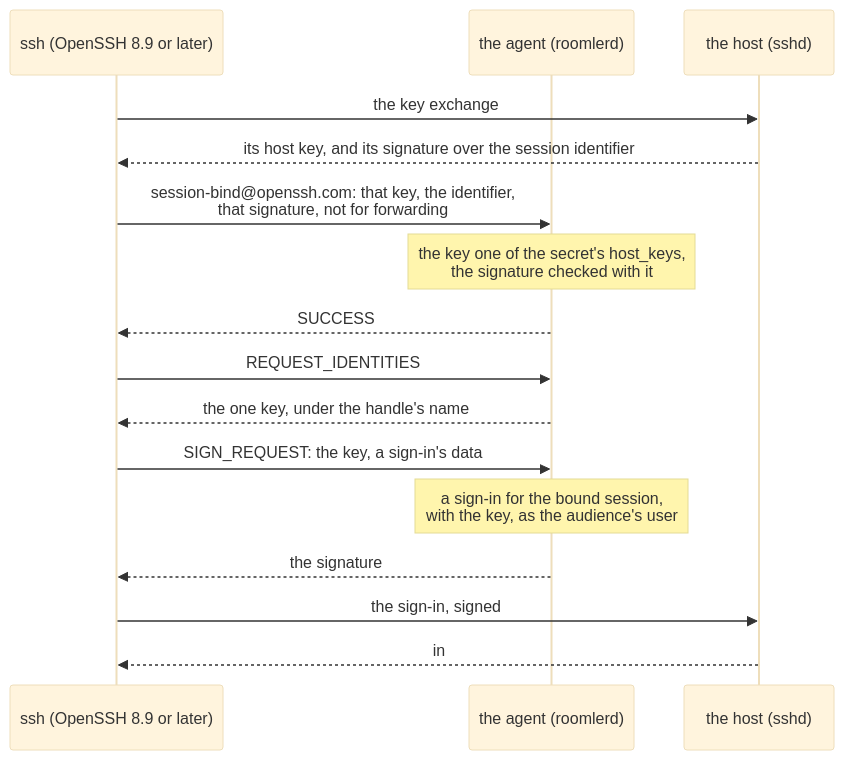
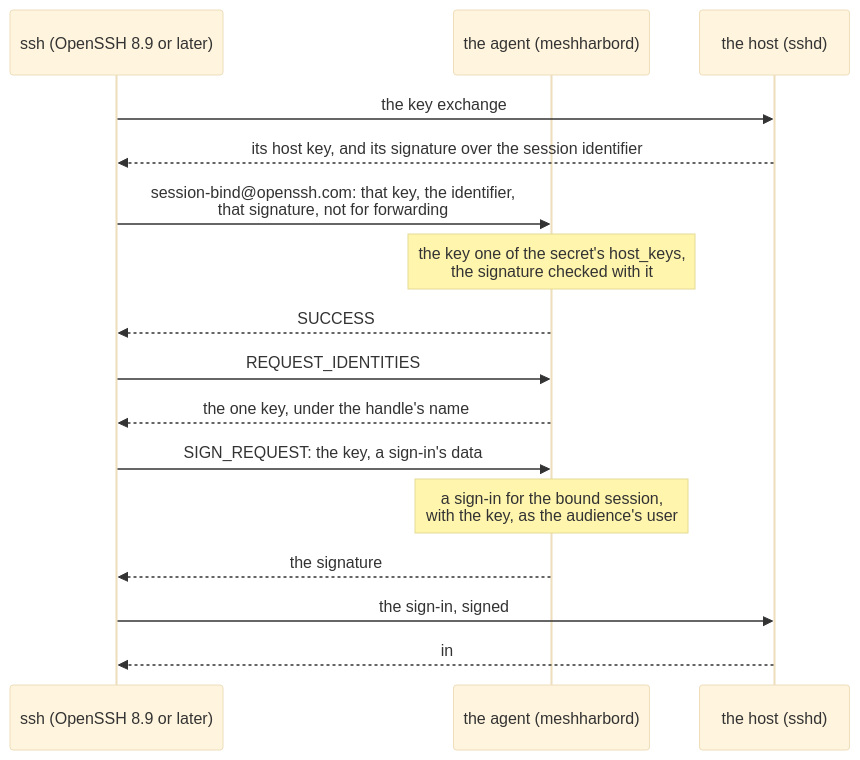
Diagram 17 of 31 in docs/vault.md (jk-zhang-meta/MeshHarbor), drawn with Mermaid (base theme) before and after one commit. The commit also changed other lines of this file and 682 other files, not shown here.

````diff
--- a/docs/vault.md
+++ b/docs/vault.md
@@ -1444,18 +1444,18 @@
 ```mermaid
 sequenceDiagram
     participant S as ssh (OpenSSH 8.9 or later)
-    participant A as the agent (roomlerd)
+    participant A as the agent (meshharbord)
     participant H as the host (sshd)
     S->>H: the key exchange
     H-->>S: its host key, and its signature over the session identifier
     S->>A: session-bind@openssh.com: that key, the identifier,<br/>that signature, not for forwarding
     Note over A: the key one of the secret's host_keys,<br/>the signature checked with it
     A-->>S: SUCCESS
     S->>A: REQUEST_IDENTITIES
     A-->>S: the one key, under the handle's name
     S->>A: SIGN_REQUEST: the key, a sign-in's data
     Note over A: a sign-in for the bound session,<br/>with the key, as the audience's user
     A-->>S: the signature
     S->>H: the sign-in, signed
     H-->>S: in
 ```
````
